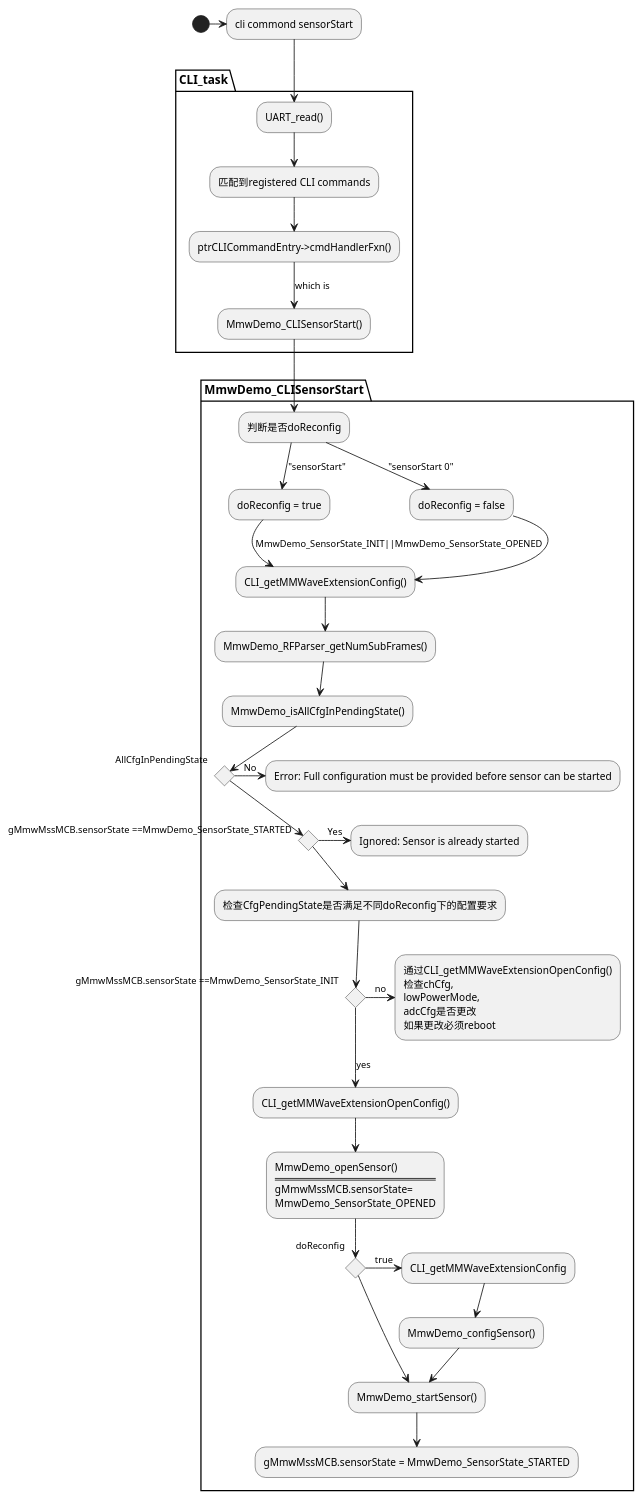
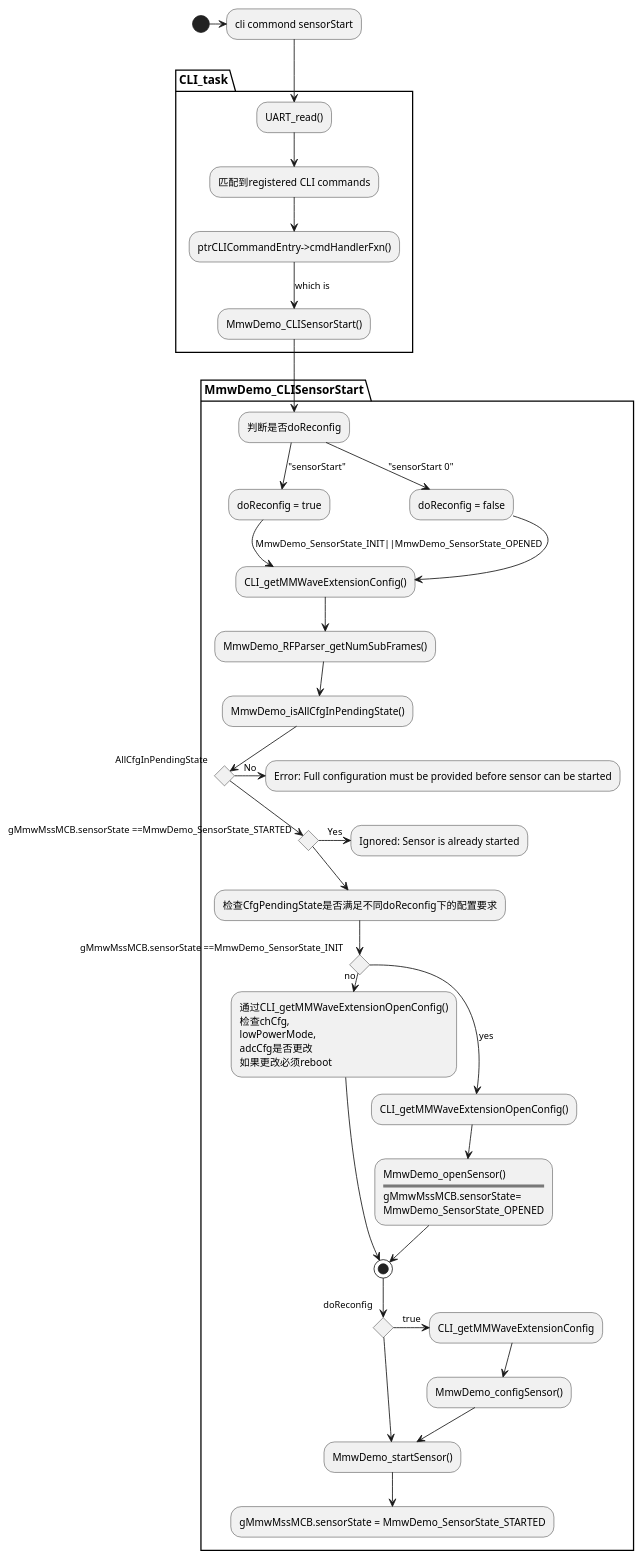
One commit to Mr-Bulijiojio/NotesTIproject changed the third of 3 diagrams in whengetCLIcmd.plantuml. Above: the diagram before and after it, drawn with PlantUML.

Commit message:
small change

```diff
--- a/whengetCLIcmd.plantuml
+++ b/whengetCLIcmd.plantuml
@@ -85,58 +85,61 @@
 @startuml sensorStartCfgCLIcommond
  
 
     (*)->"cli commond sensorStart"
 
     partition "CLI_task"
         --> UART_read()
         --> "匹配到registered CLI commands"
         --> ptrCLICommandEntry->cmdHandlerFxn()
         -->[which is]MmwDemo_CLISensorStart()
     end partition
 
     partition "MmwDemo_CLISensorStart"
         "MmwDemo_CLISensorStart()" --> 判断是否doReconfig
         "判断是否doReconfig"-->["sensorStart"] "doReconfig = true"
         "判断是否doReconfig"-->["sensorStart 0"] "doReconfig = false"
 
         "doReconfig = false"-->CLI_getMMWaveExtensionConfig()
         "doReconfig = true"-->[MmwDemo_SensorState_INIT||MmwDemo_SensorState_OPENED]CLI_getMMWaveExtensionConfig()
         -->MmwDemo_RFParser_getNumSubFrames()
         -->MmwDemo_isAllCfgInPendingState()
         if "AllCfgInPendingState" then
             ->[No] Error: Full configuration must be provided before sensor can be started
         else 
             if "gMmwMssMCB.sensorState ==MmwDemo_SensorState_STARTED" then
                 ->[Yes] Ignored: Sensor is already started
             else
 
             endif
         endif
 
         -->"检查CfgPendingState是否满足不同doReconfig下的配置要求"
+        
         if "gMmwMssMCB.sensorState ==MmwDemo_SensorState_INIT" 
             ->[no]"
             通过CLI_getMMWaveExtensionOpenConfig()
             检查chCfg, 
             lowPowerMode, 
             adcCfg是否更改
-            如果更改必须reboot"
+            如果更改必须reboot" as A1
 
         else
             -->[yes]CLI_getMMWaveExtensionOpenConfig()
             -->"MmwDemo_openSensor()
                 ====
                 gMmwMssMCB.sensorState= 
-                MmwDemo_SensorState_OPENED"
+                MmwDemo_SensorState_OPENED" as A2
         endif
-
+        
+        A1 -->(*)
+        A2 -->(*)
         if "doReconfig" 
             ->[true]CLI_getMMWaveExtensionConfig
             -->MmwDemo_configSensor()
             -->MmwDemo_startSensor()
         else
             -->MmwDemo_startSensor()
         endif
         -->"gMmwMssMCB.sensorState = MmwDemo_SensorState_STARTED"
     end partition
 @enduml
```
